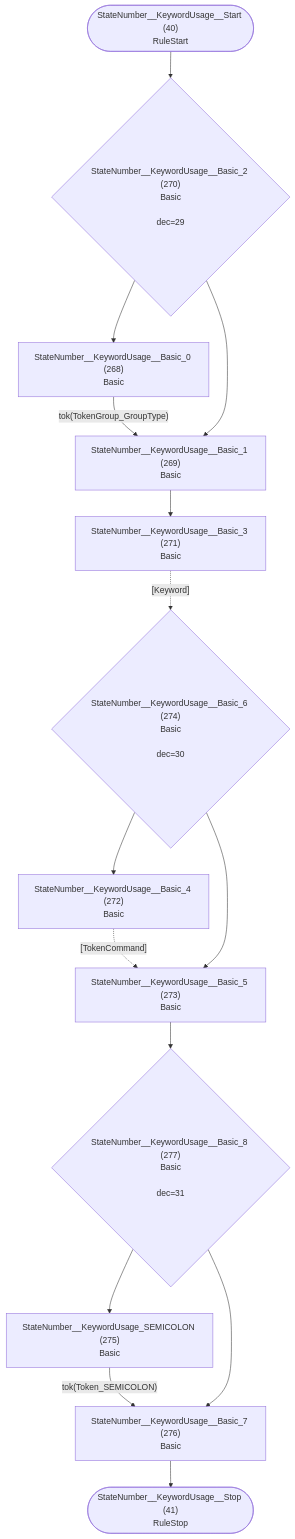
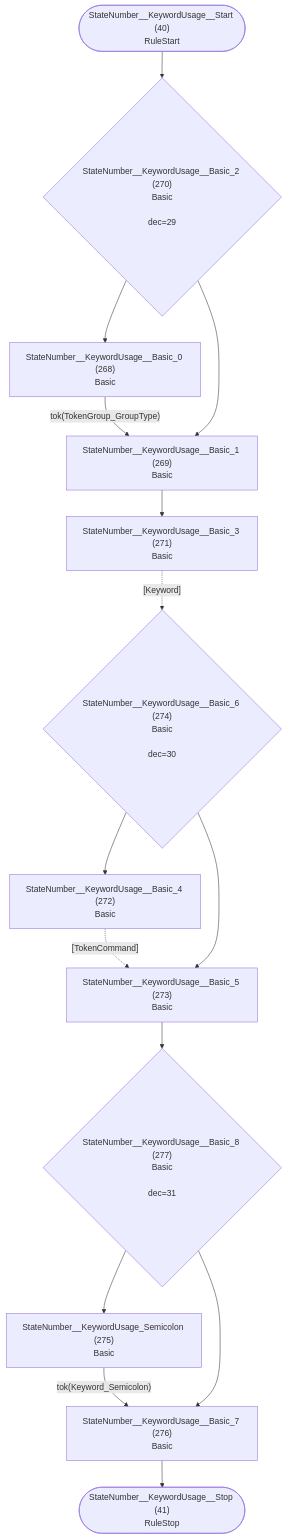
One commit to TypeFox/fastbelt changed diagram 21 of 37 in internal/grammar/atn.md. Above: the diagram before and after it, drawn with Mermaid. The commit also changed other lines of this file and 7 other files, not shown here.

````diff
--- a/internal/grammar/atn.md
+++ b/internal/grammar/atn.md
@@ -634,30 +634,30 @@
 ```mermaid
 flowchart TD
     q40(["StateNumber__KeywordUsage__Start (40)<br/>RuleStart"])
     q41(["StateNumber__KeywordUsage__Stop (41)<br/>RuleStop"])
     q268["StateNumber__KeywordUsage__Basic_0 (268)<br/>Basic<br/>"]
     q269["StateNumber__KeywordUsage__Basic_1 (269)<br/>Basic<br/>"]
     q270{"StateNumber__KeywordUsage__Basic_2 (270)<br/>Basic<br/><br/>dec=29"}
     q271["StateNumber__KeywordUsage__Basic_3 (271)<br/>Basic<br/>"]
     q272["StateNumber__KeywordUsage__Basic_4 (272)<br/>Basic<br/>"]
     q273["StateNumber__KeywordUsage__Basic_5 (273)<br/>Basic<br/>"]
     q274{"StateNumber__KeywordUsage__Basic_6 (274)<br/>Basic<br/><br/>dec=30"}
-    q275["StateNumber__KeywordUsage_SEMICOLON (275)<br/>Basic<br/>"]
+    q275["StateNumber__KeywordUsage_Semicolon (275)<br/>Basic<br/>"]
     q276["StateNumber__KeywordUsage__Basic_7 (276)<br/>Basic<br/>"]
     q277{"StateNumber__KeywordUsage__Basic_8 (277)<br/>Basic<br/><br/>dec=31"}
 
     q40 --> q270
     q268 -->|"tok(TokenGroup_GroupType)"| q269
     q269 --> q271
     q270 --> q268
     q270 --> q269
     q271 -.->|"[Keyword]"| q274
     q272 -.->|"[TokenCommand]"| q273
     q273 --> q277
     q274 --> q272
     q274 --> q273
-    q275 -->|"tok(Token_SEMICOLON)"| q276
+    q275 -->|"tok(Keyword_Semicolon)"| q276
     q276 --> q41
     q277 --> q275
     q277 --> q276
 ```
````
